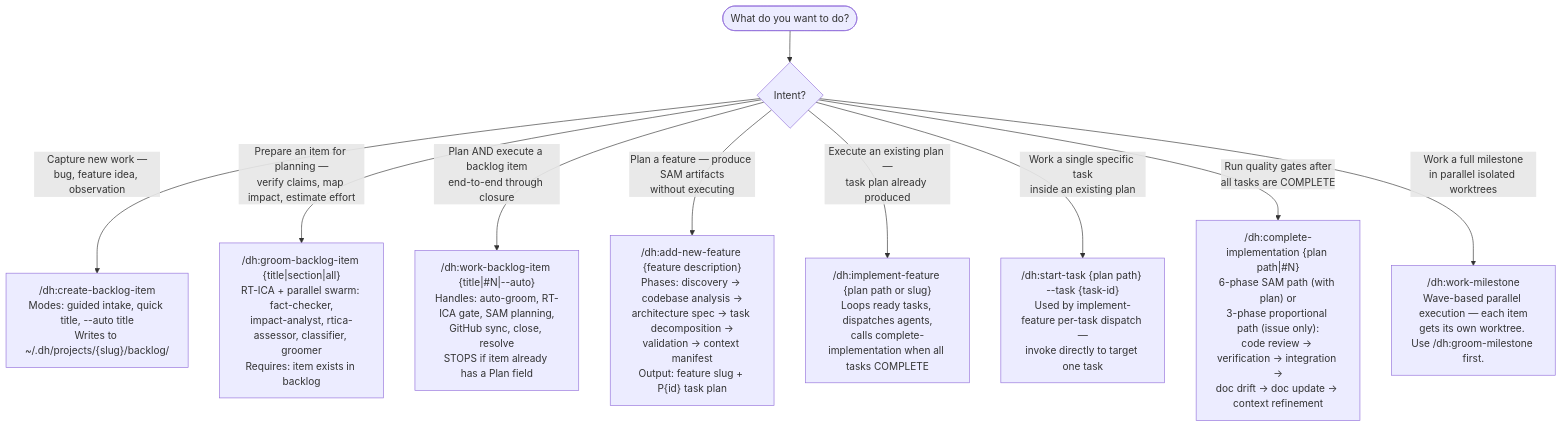
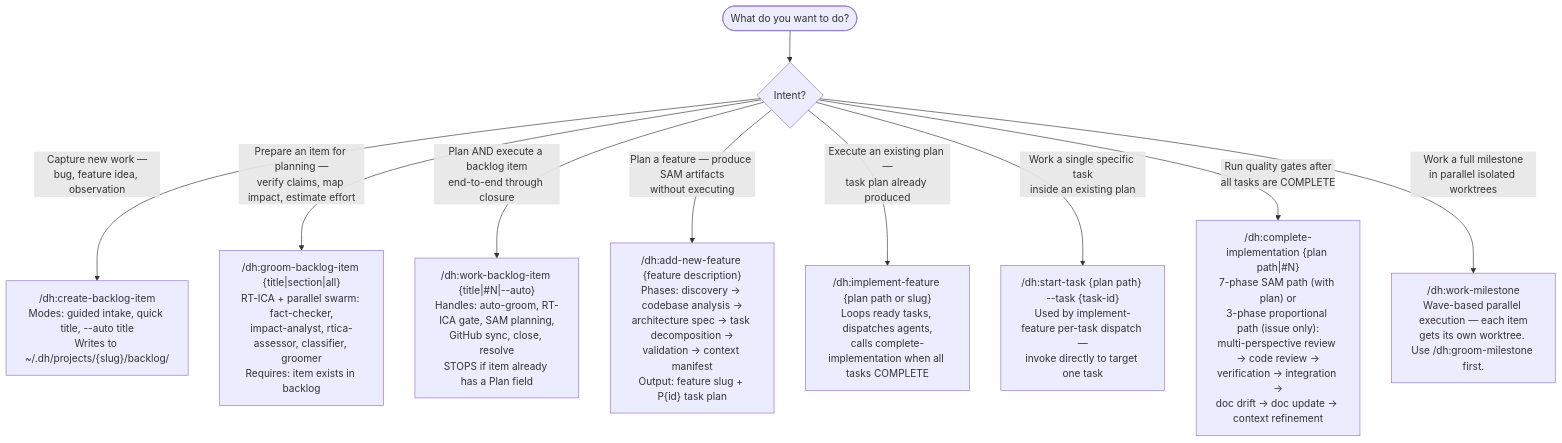
Before and after one commit to chgreer1070/claude_skills: the first of 2 diagrams in plugins/development-harness/skills/development-harness/SKILL.md, drawn with Mermaid. The commit also changed other lines of this file and 15 other files, not shown here.

First line of the commit message:
feat(multi-perspective-review): implement dh:multi-perspective-review skill (#2181)

````diff
--- a/plugins/development-harness/skills/development-harness/SKILL.md
+++ b/plugins/development-harness/skills/development-harness/SKILL.md
@@ -34,20 +34,20 @@
 ```mermaid
 flowchart TD
     Start([What do you want to do?]) --> Q1{Intent?}
 
     Q1 -->|Capture new work —<br>bug, feature idea, observation| Create["/dh:create-backlog-item<br>Modes: guided intake, quick title, --auto title<br>Writes to ~/.dh/projects/{slug}/backlog/"]
 
     Q1 -->|Prepare an item for planning —<br>verify claims, map impact, estimate effort| Groom["/dh:groom-backlog-item {title|section|all}<br>RT-ICA + parallel swarm: fact-checker,<br>impact-analyst, rtica-assessor, classifier, groomer<br>Requires: item exists in backlog"]
 
     Q1 -->|Plan AND execute a backlog item<br>end-to-end through closure| Work["/dh:work-backlog-item {title|#N|--auto}<br>Handles: auto-groom, RT-ICA gate, SAM planning,<br>GitHub sync, close, resolve<br>STOPS if item already has a Plan field"]
 
     Q1 -->|Plan a feature — produce SAM artifacts<br>without executing| Plan["/dh:add-new-feature {feature description}<br>Phases: discovery → codebase analysis →<br>architecture spec → task decomposition →<br>validation → context manifest<br>Output: feature slug + P{id} task plan"]
 
     Q1 -->|Execute an existing plan —<br>task plan already produced| Execute["/dh:implement-feature {plan path or slug}<br>Loops ready tasks, dispatches agents,<br>calls complete-implementation when all tasks COMPLETE"]
 
     Q1 -->|Work a single specific task<br>inside an existing plan| Single["/dh:start-task {plan path} --task {task-id}<br>Used by implement-feature per-task dispatch —<br>invoke directly to target one task"]
 
-    Q1 -->|Run quality gates after<br>all tasks are COMPLETE| QG["/dh:complete-implementation {plan path|#N}<br>6-phase SAM path (with plan) or<br>3-phase proportional path (issue only):<br>code review → verification → integration →<br>doc drift → doc update → context refinement"]
+    Q1 -->|Run quality gates after<br>all tasks are COMPLETE| QG["/dh:complete-implementation {plan path|#N}<br>7-phase SAM path (with plan) or<br>3-phase proportional path (issue only):<br>multi-perspective review → code review →<br>verification → integration →<br>doc drift → doc update → context refinement"]
 
     Q1 -->|Work a full milestone<br>in parallel isolated worktrees| Milestone["/dh:work-milestone<br>Wave-based parallel execution — each item<br>gets its own worktree. Use /dh:groom-milestone first."]
 ```
````
